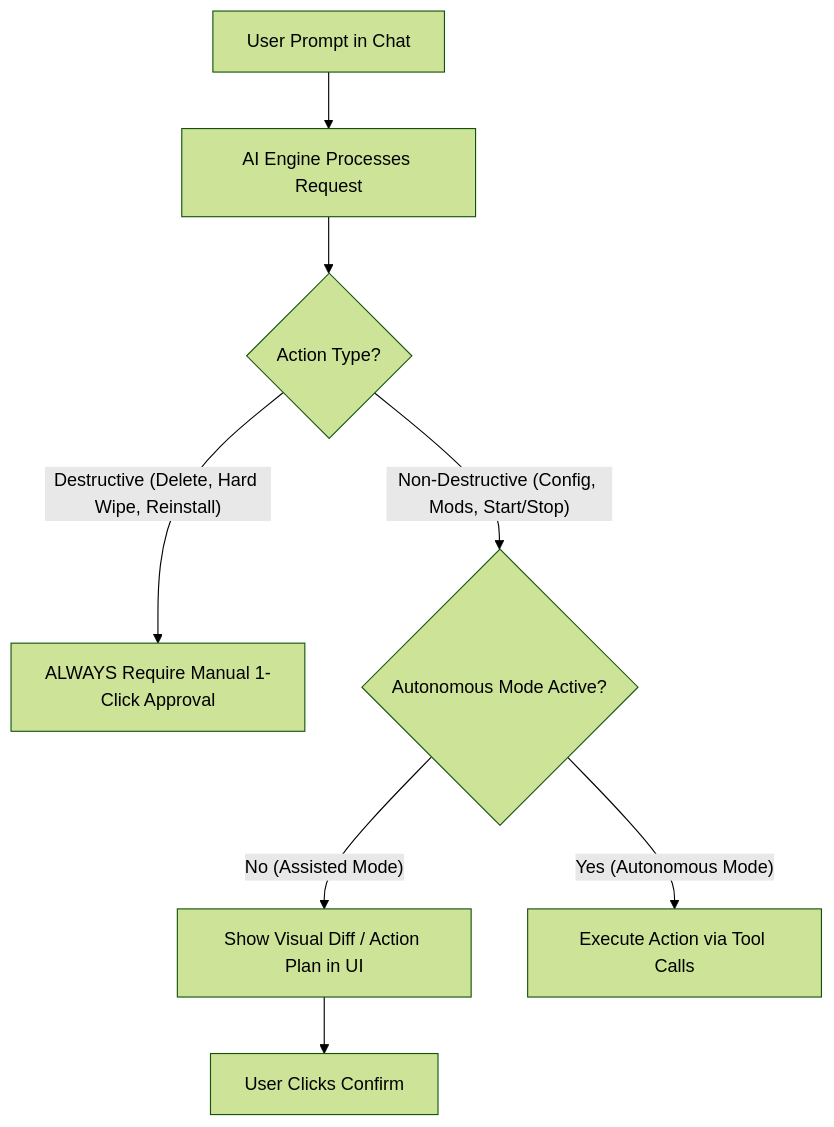
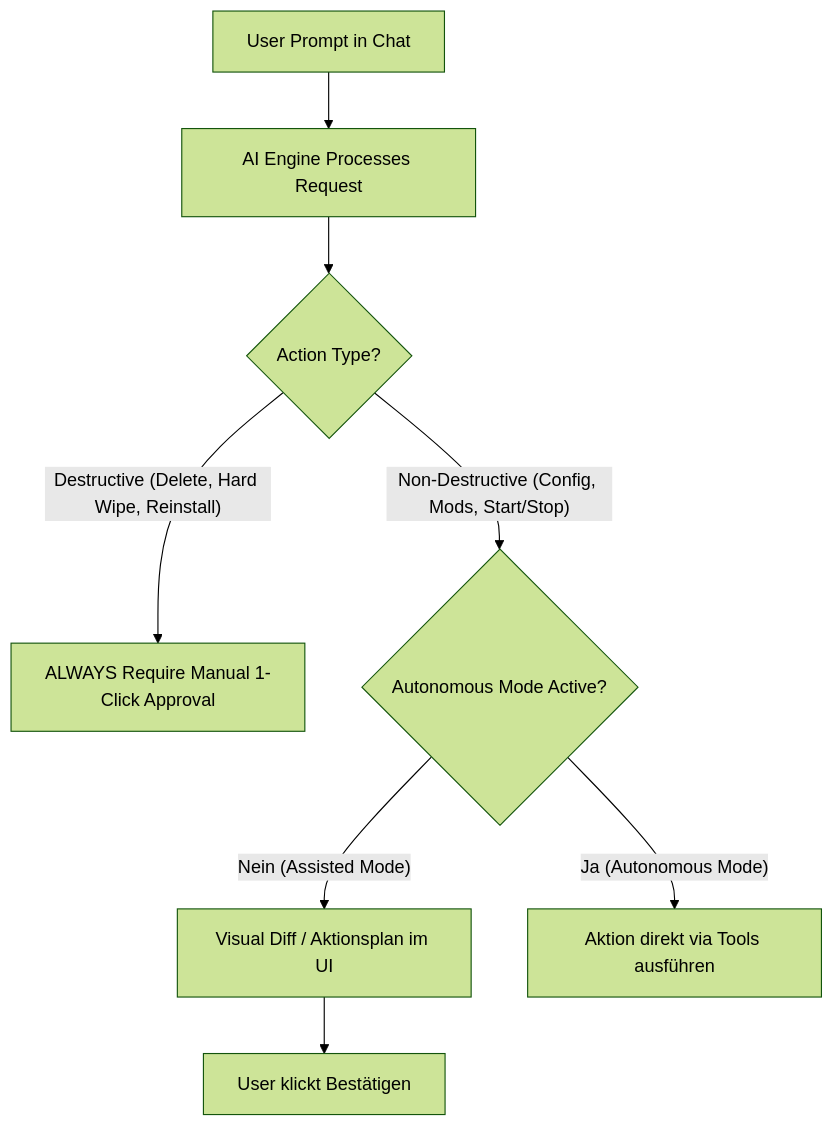
Before and after one commit to einmalmaik/maunting-server-manager: the second of 2 diagrams in docs/ai-engine-planning.md, drawn with Mermaid (forest theme). The commit also changed other lines of this file, not shown here.

````diff
--- a/docs/ai-engine-planning.md
+++ b/docs/ai-engine-planning.md
@@ -102,12 +172,12 @@
 ```mermaid
 flowchart TD
     UserPrompt["User Prompt in Chat"] --> AIProcess["AI Engine Processes Request"]
     AIProcess --> ActionType{"Action Type?"}
     
     ActionType -- "Destructive (Delete, Hard Wipe, Reinstall)" --> ManualConfirm["ALWAYS Require Manual 1-Click Approval"]
     
     ActionType -- "Non-Destructive (Config, Mods, Start/Stop)" --> AutonomyCheck{"Autonomous Mode Active?"}
     
-    AutonomyCheck -- "No (Assisted Mode)" --> DiffPreview["Show Visual Diff / Action Plan in UI"] --> UserConfirm["User Clicks Confirm"]
-    AutonomyCheck -- "Yes (Autonomous Mode)" --> AutoExecute["Execute Action via Tool Calls"]
+    AutonomyCheck -- "Nein (Assisted Mode)" --> DiffPreview["Visual Diff / Aktionsplan im UI"] --> UserConfirm["User klickt Bestätigen"]
+    AutonomyCheck -- "Ja (Autonomous Mode)" --> AutoExecute["Aktion direkt via Tools ausführen"]
 ```
````
